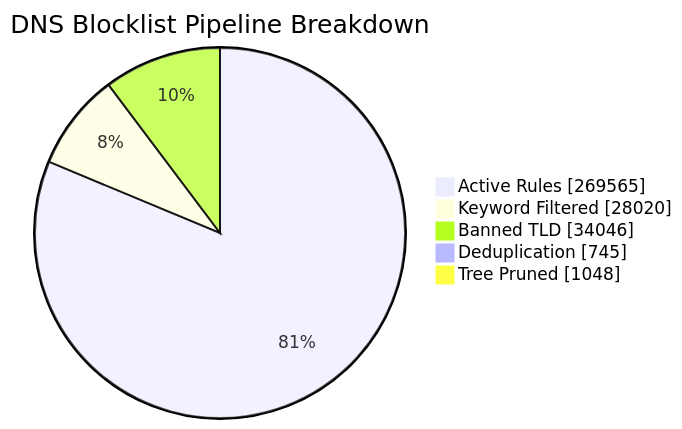
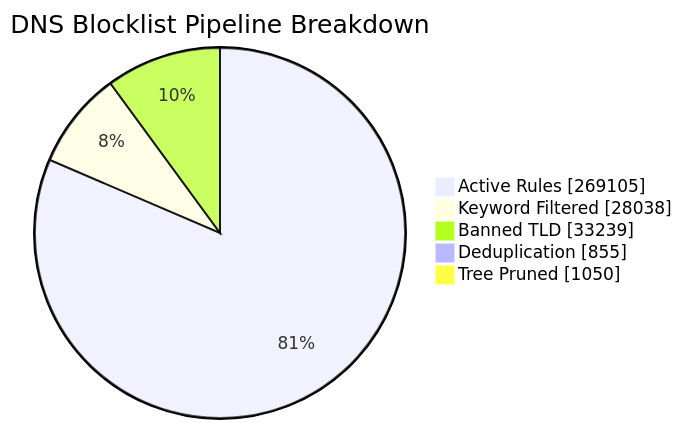
One commit to brojangles24/Cloudflare-ZeroTrust-AdBlock changed the first of 6 diagrams in README_STATS.md. Above: the diagram before and after it, drawn with Mermaid. The commit also changed other lines of this file and 1 other file, not shown here.

````diff
--- a/README_STATS.md
+++ b/README_STATS.md
@@ -41,8 +41,8 @@
 ```mermaid
 pie showData title DNS Blocklist Pipeline Breakdown
-    "Active Rules"     : 269565
-    "Keyword Filtered" : 28020
-    "Banned TLD"       : 34046
-    "Deduplication"    : 745
-    "Tree Pruned"      : 1048
+    "Active Rules"     : 269105
+    "Keyword Filtered" : 28038
+    "Banned TLD"       : 33239
+    "Deduplication"    : 855
+    "Tree Pruned"      : 1050
 ```
````
